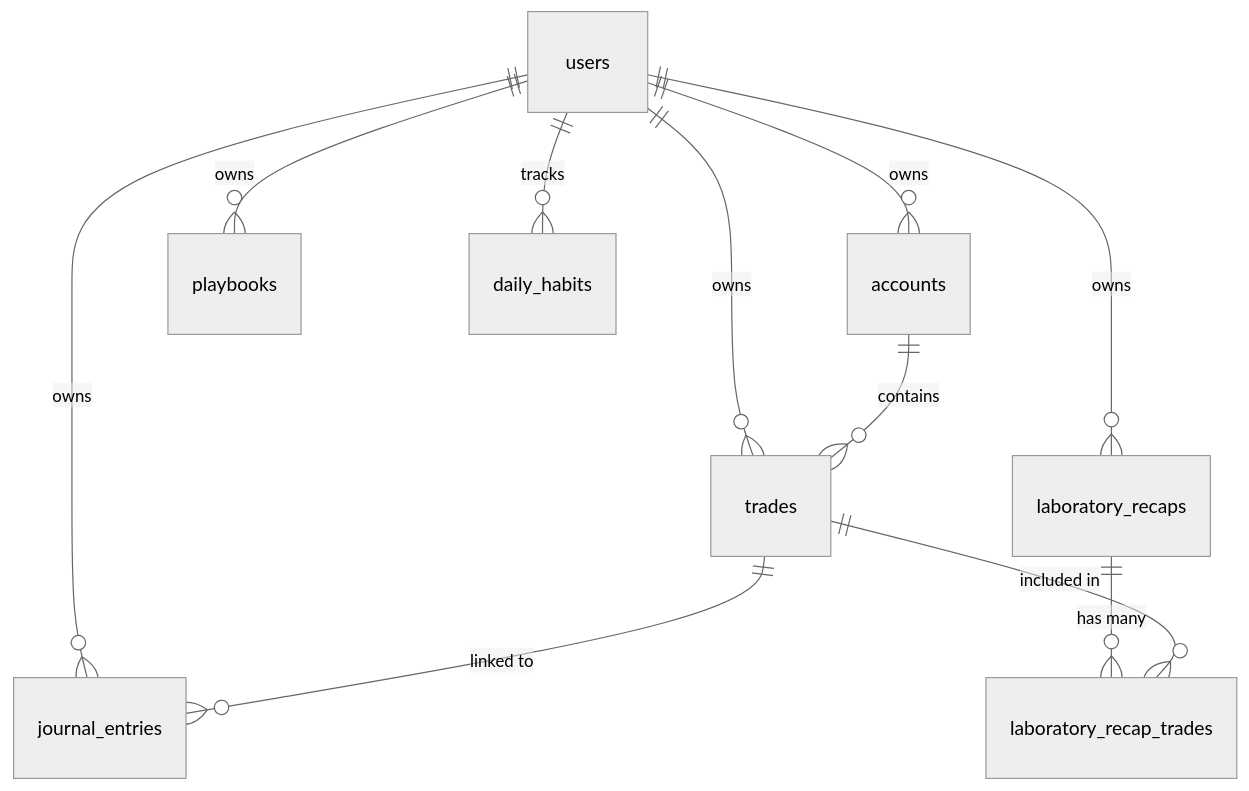
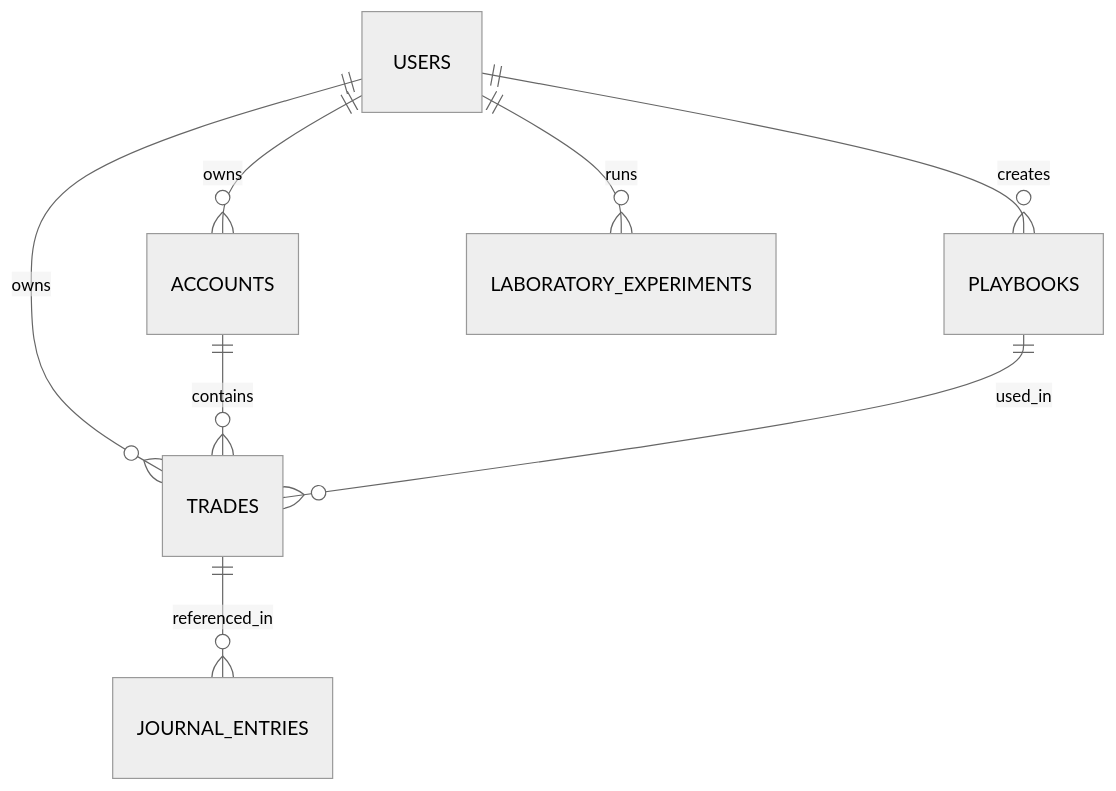
The diagram in docs/DATABASE.md (TavaresBugs/journal-nextjs), drawn with Mermaid (neutral theme) before and after one commit. The commit also changed other lines of this file and 9 other files, not shown here.

````diff
--- a/docs/DATABASE.md
+++ b/docs/DATABASE.md
@@ -10,13 +122,10 @@
 ```mermaid
 erDiagram
-    users ||--o{ accounts : "owns"
-    users ||--o{ trades : "owns"
-    users ||--o{ journal_entries : "owns"
-    users ||--o{ playbooks : "owns"
-    users ||--o{ laboratory_recaps : "owns"
-    accounts ||--o{ trades : "contains"
-    trades ||--o{ journal_entries : "linked to"
-    laboratory_recaps ||--o{ laboratory_recap_trades : "has many"
-    trades ||--o{ laboratory_recap_trades : "included in"
-    users ||--o{ daily_habits : "tracks"
+    USERS ||--o{ ACCOUNTS : owns
+    USERS ||--o{ TRADES : owns
+    ACCOUNTS ||--o{ TRADES : contains
+    TRADES ||--o{ JOURNAL_ENTRIES : referenced_in
+    USERS ||--o{ PLAYBOOKS : creates
+    PLAYBOOKS ||--o{ TRADES : used_in
+    USERS ||--o{ LABORATORY_EXPERIMENTS : runs
 ```
````
